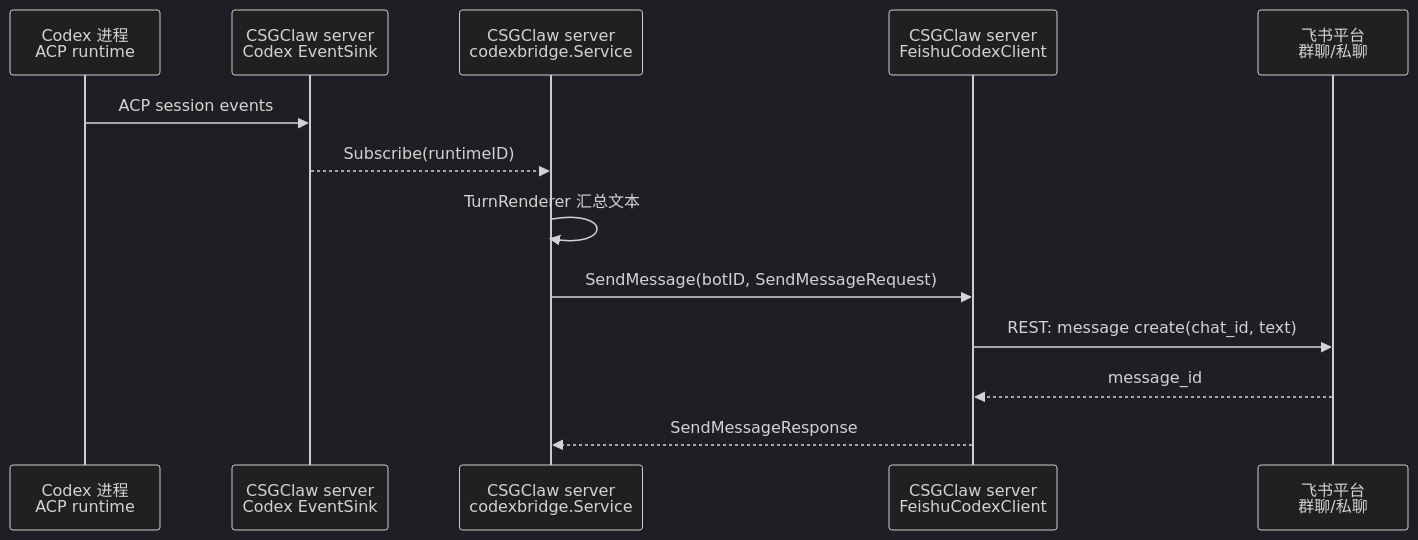
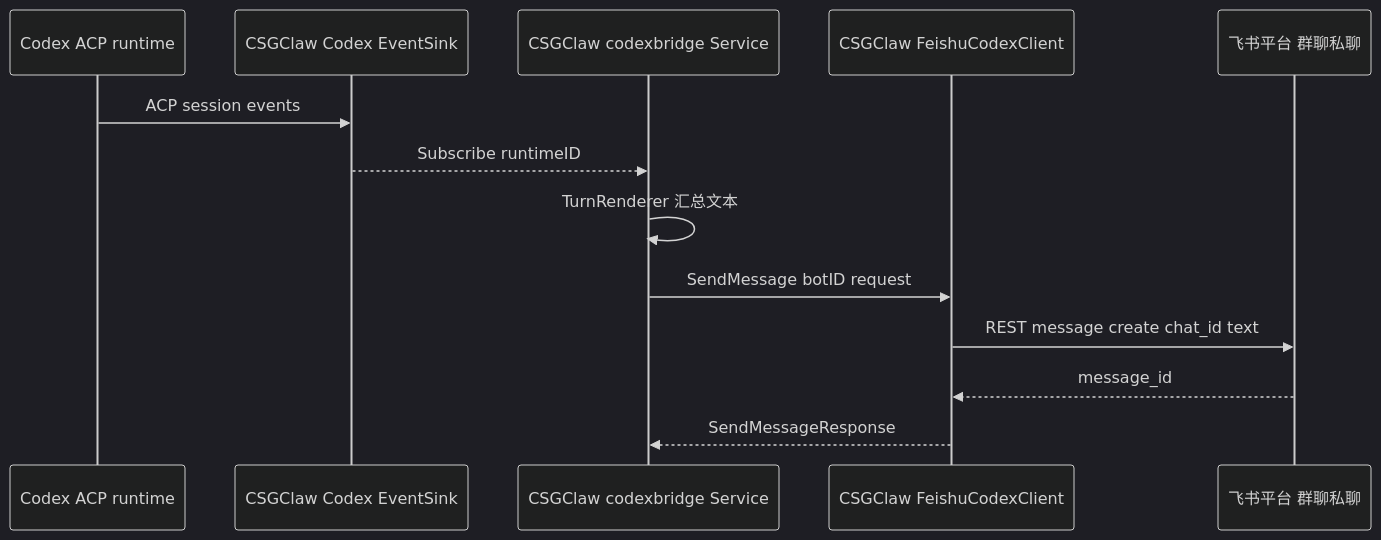
The eighth of 12 diagrams in docs/channel/codex-feishu.zh.md (GatewayJ/csgclaw), drawn with Mermaid (dark theme) before and after one commit. The commit also changed other lines of this file, not shown here.

Commit message:
docs: simplify mermaid sequence syntax

````diff
--- a/docs/channel/codex-feishu.zh.md
+++ b/docs/channel/codex-feishu.zh.md
@@ -180,16 +182,16 @@
 ```mermaid
 sequenceDiagram
-    participant Codex as Codex 进程<br/>ACP runtime
-    participant Sink as CSGClaw server<br/>Codex EventSink
-    participant Bridge as CSGClaw server<br/>codexbridge.Service
-    participant Client as CSGClaw server<br/>FeishuCodexClient
-    participant Feishu as 飞书平台<br/>群聊/私聊
+    participant Codex as Codex ACP runtime
+    participant Sink as CSGClaw Codex EventSink
+    participant Bridge as CSGClaw codexbridge Service
+    participant Client as CSGClaw FeishuCodexClient
+    participant Feishu as 飞书平台 群聊私聊
 
     Codex->>Sink: ACP session events
-    Sink-->>Bridge: Subscribe(runtimeID)
+    Sink-->>Bridge: Subscribe runtimeID
     Bridge->>Bridge: TurnRenderer 汇总文本
-    Bridge->>Client: SendMessage(botID, SendMessageRequest)
-    Client->>Feishu: REST: message create(chat_id, text)
+    Bridge->>Client: SendMessage botID request
+    Client->>Feishu: REST message create chat_id text
     Feishu-->>Client: message_id
     Client-->>Bridge: SendMessageResponse
 ```
````
